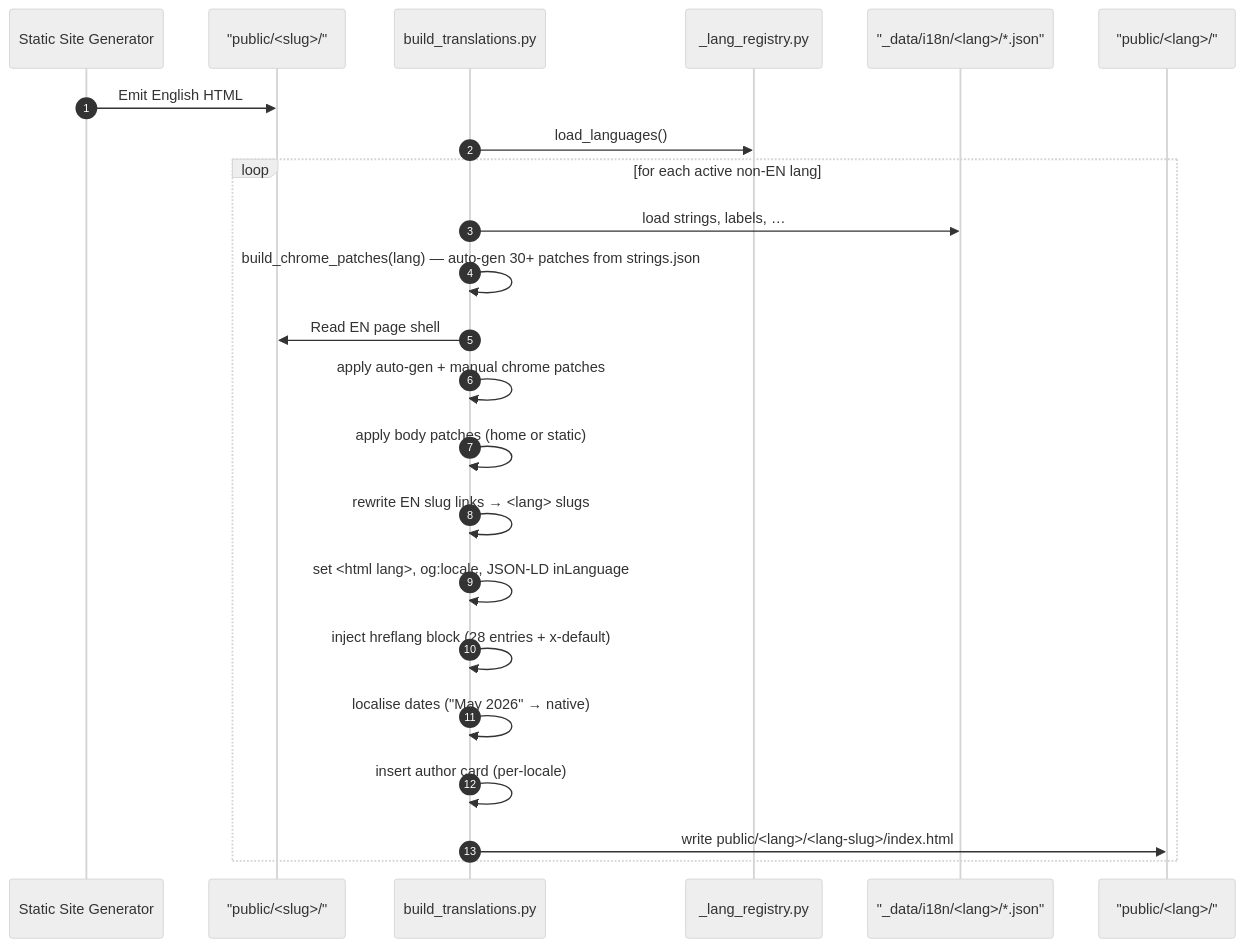
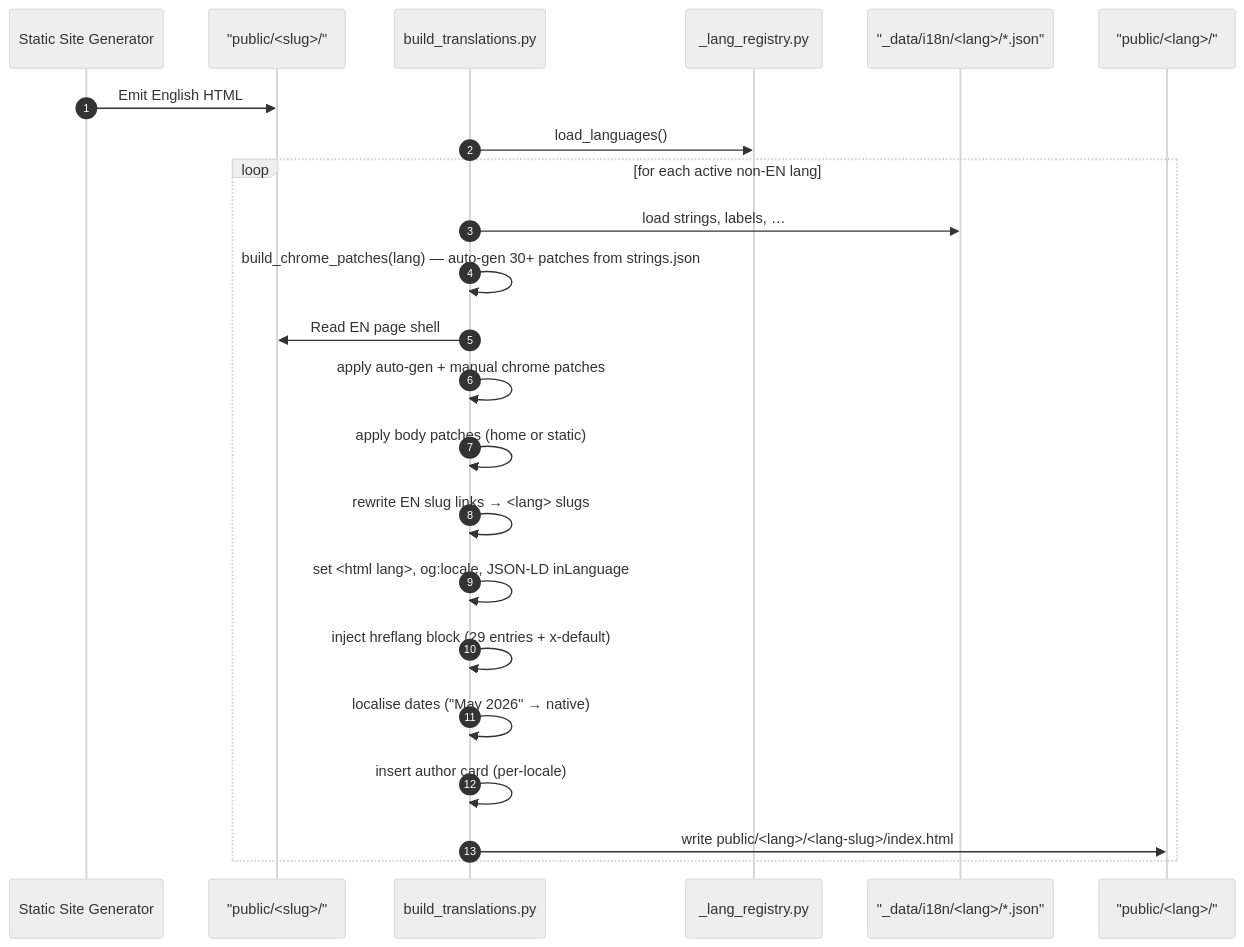
One commit to sebastienrousseau/sebastienrousseau.github.io changed the first of 2 diagrams in project-docs/i18n.md. Above: the diagram before and after it, drawn with Mermaid. The commit also changed other lines of this file and 103 other files, not shown here.

````diff
--- a/project-docs/i18n.md
+++ b/project-docs/i18n.md
@@ -67,27 +71,27 @@
 ```mermaid
 %%{init: {'theme':'neutral'} }%%
 sequenceDiagram
  autonumber
  participant SSG as Static Site Generator
  participant FS as "public/<slug>/"
  participant BT as build_translations.py
  participant LR as _lang_registry.py
  participant J as "_data/i18n/<lang>/*.json"
  participant Out as "public/<lang>/"
 
  SSG->>FS: Emit English HTML
  BT->>LR: load_languages()
  loop for each active non-EN lang
  BT->>J: load strings, labels, …
  BT->>BT: build_chrome_patches(lang) — auto-gen 30+ patches from strings.json
  BT->>FS: Read EN page shell
  BT->>BT: apply auto-gen + manual chrome patches
  BT->>BT: apply body patches (home or static)
  BT->>BT: rewrite EN slug links → <lang> slugs
  BT->>BT: set <html lang>, og:locale, JSON-LD inLanguage
- BT->>BT: inject hreflang block (28 entries + x-default)
+ BT->>BT: inject hreflang block (29 entries + x-default)
  BT->>BT: localise dates ("May 2026" → native)
  BT->>BT: insert author card (per-locale)
  BT->>Out: write public/<lang>/<lang-slug>/index.html
  end
 ```
````
